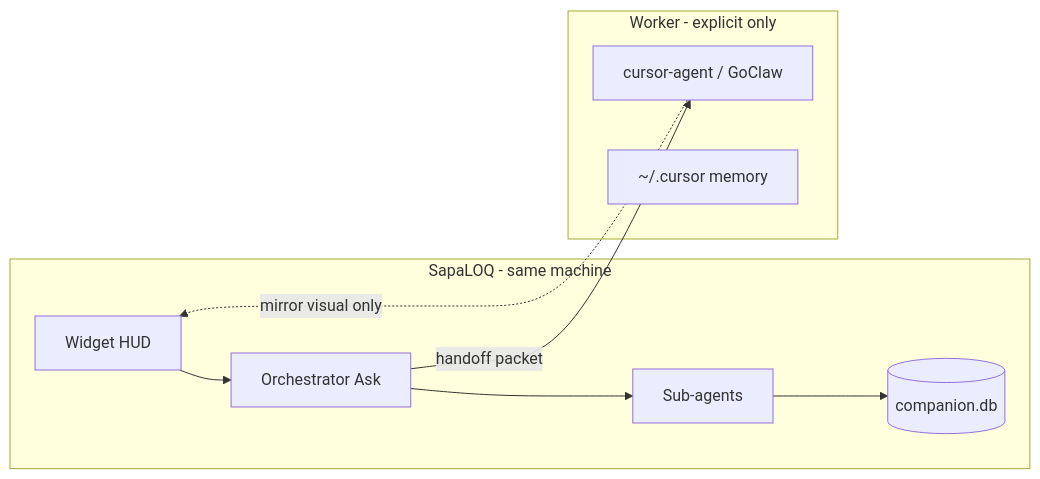
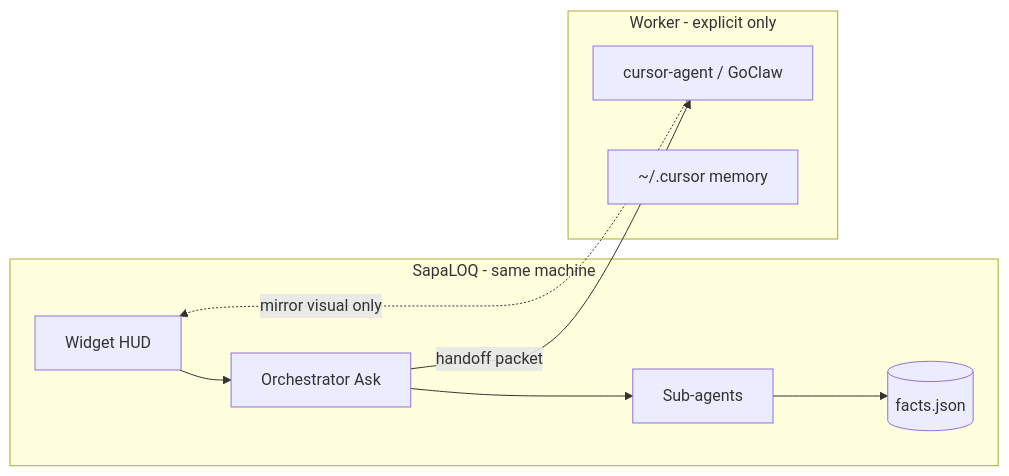
The first of 11 diagrams in docs/BLUEPRINT.md (jahrulnr/sapaloq), drawn with Mermaid before and after one commit. The commit also changed other lines of this file and 34 other files, not shown here.

````diff
--- a/docs/BLUEPRINT.md
+++ b/docs/BLUEPRINT.md
@@ -164,18 +164,18 @@
 ```mermaid
 flowchart LR
   subgraph sapaloq [SapaLOQ - same machine]
     W[Widget HUD]
     O[Orchestrator Ask]
     SA[Sub-agents]
-    DB[(companion.db)]
+    DB[(facts.json)]
     W --> O --> SA --> DB
   end
 
   subgraph worker [Worker - explicit only]
     CA[cursor-agent / GoClaw]
     CM[~/.cursor memory]
   end
 
   O -->|handoff packet| CA
   CA -.mirror visual only.-> W
 ```
````
